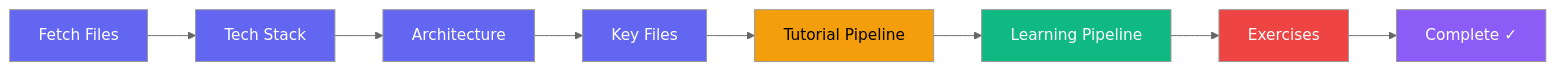
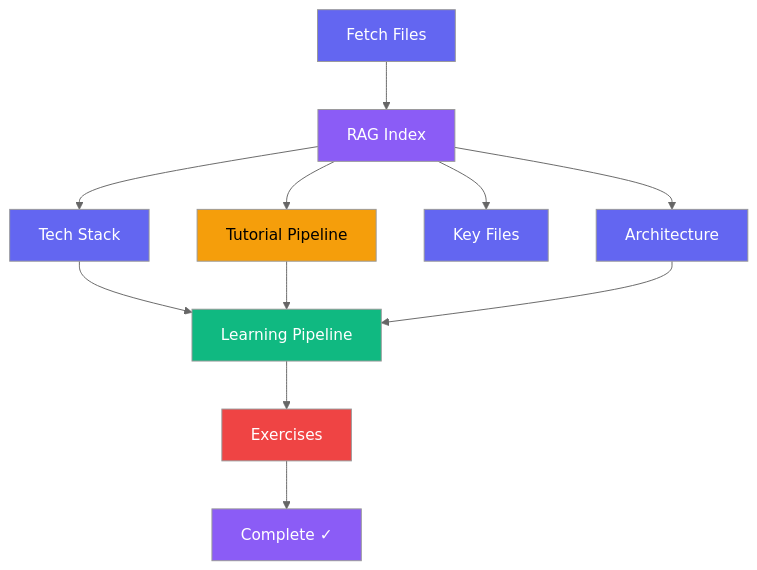
The second of 2 diagrams in README.md (baduru11/CodeCocoon), drawn with Mermaid (neutral theme) before and after one commit. The commit also changed other lines of this file and 17 other files, not shown here.

````diff
--- a/README.md
+++ b/README.md
@@ -122,19 +138,23 @@
 ```mermaid
-graph LR
-    A[Fetch Files] --> B[Tech Stack]
-    B --> C[Architecture]
-    C --> D[Key Files]
-    D --> E[Tutorial Pipeline]
-    E --> F[Learning Pipeline]
+graph TB
+    A[Fetch Files] --> I[RAG Index]
+    I --> B[Tech Stack]
+    I --> C[Architecture]
+    I --> D[Key Files]
+    I --> E[Tutorial Pipeline]
+    B --> F[Learning Pipeline]
+    E --> F
     F --> G[Exercises]
     G --> H[Complete ✓]
+    C --> F
 
     style A fill:#6366F1,color:#fff
+    style I fill:#8B5CF6,color:#fff
     style B fill:#6366F1,color:#fff
     style C fill:#6366F1,color:#fff
     style D fill:#6366F1,color:#fff
     style E fill:#F59E0B,color:#000
     style F fill:#10B981,color:#fff
     style G fill:#EF4444,color:#fff
     style H fill:#8B5CF6,color:#fff
 ```
````
